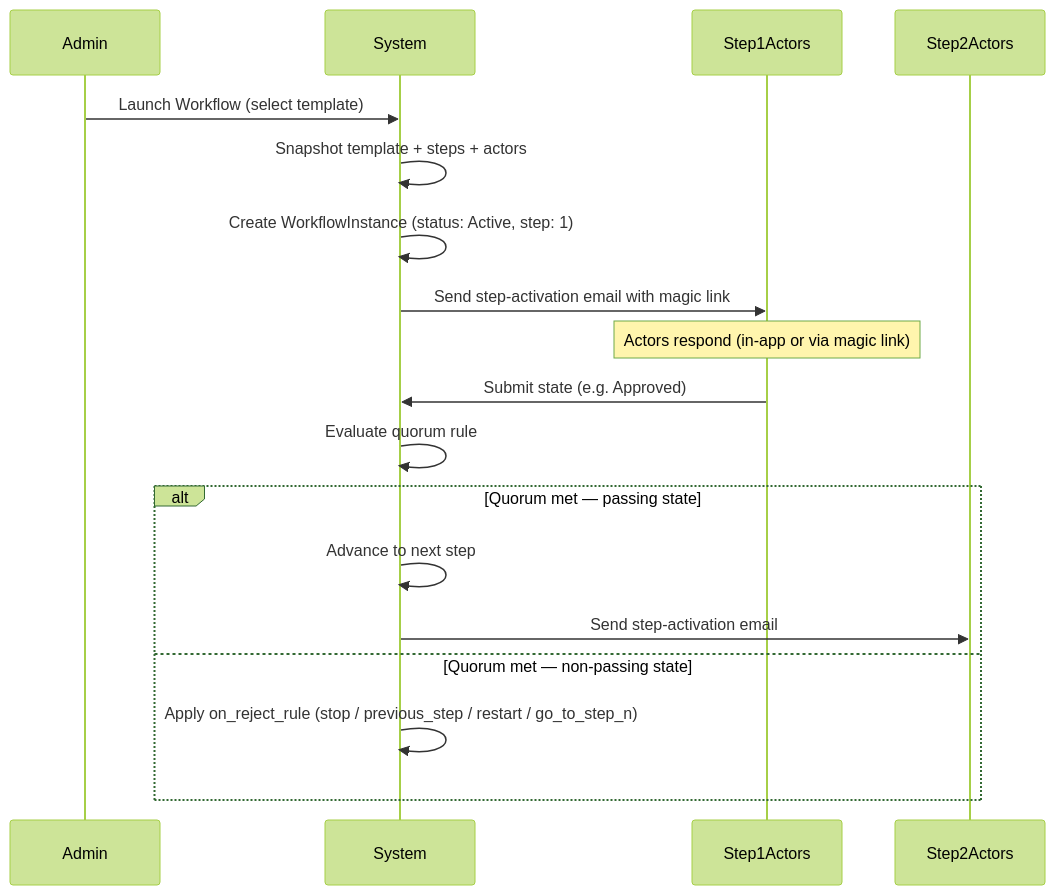
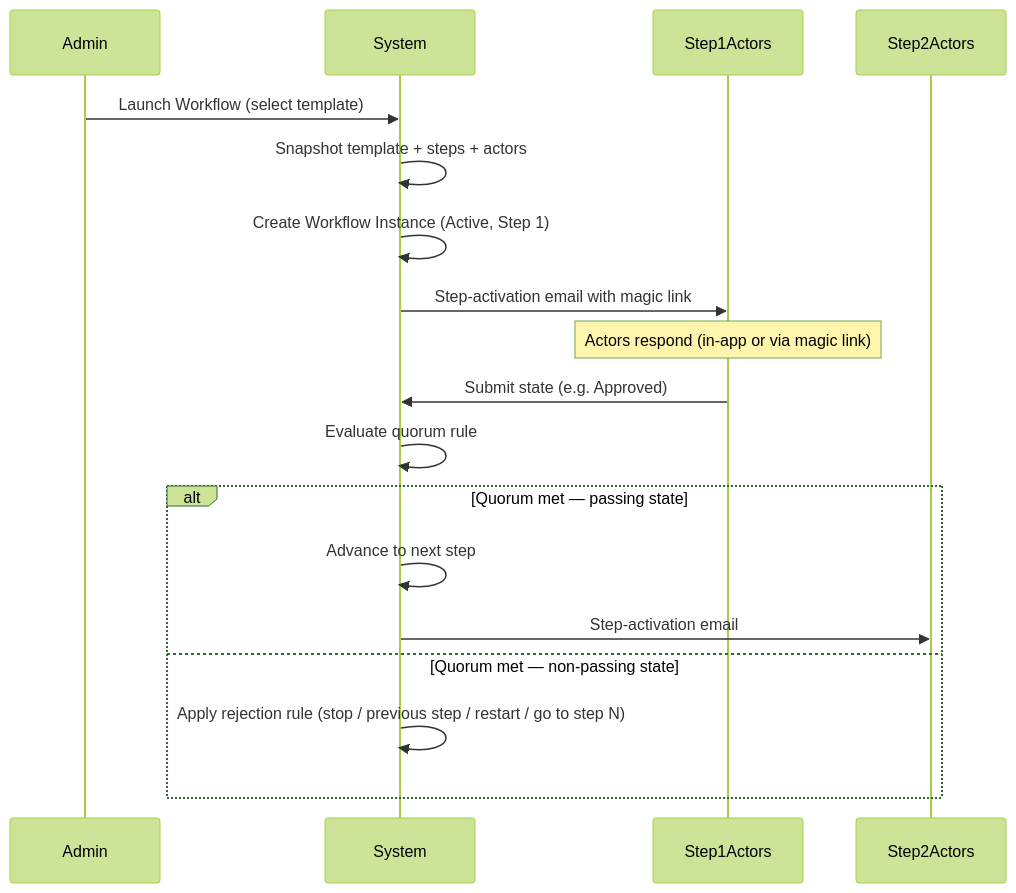
The first of 4 diagrams in docs/user_guides/workflow_templates_user_guide.md (sampadadiwan/IRM_CompanyMain), drawn with Mermaid (forest theme) before and after one commit. The commit also changed other lines of this file and 69 other files, not shown here.

````diff
--- a/docs/user_guides/workflow_templates_user_guide.md
+++ b/docs/user_guides/workflow_templates_user_guide.md
@@ -134,20 +166,20 @@
 ```mermaid
 sequenceDiagram
   participant Admin
   participant System
   participant Step1Actors
 
   Admin->>System: Launch Workflow (select template)
   System->>System: Snapshot template + steps + actors
-  System->>System: Create WorkflowInstance (status: Active, step: 1)
-  System->>Step1Actors: Send step-activation email with magic link
+  System->>System: Create Workflow Instance (Active, Step 1)
+  System->>Step1Actors: Step-activation email with magic link
   Note over Step1Actors: Actors respond (in-app or via magic link)
   Step1Actors->>System: Submit state (e.g. Approved)
   System->>System: Evaluate quorum rule
   alt Quorum met — passing state
     System->>System: Advance to next step
-    System->>Step2Actors: Send step-activation email
+    System->>Step2Actors: Step-activation email
   else Quorum met — non-passing state
-    System->>System: Apply on_reject_rule (stop / previous_step / restart / go_to_step_n)
+    System->>System: Apply rejection rule (stop / previous step / restart / go to step N)
   end
 ```
````
